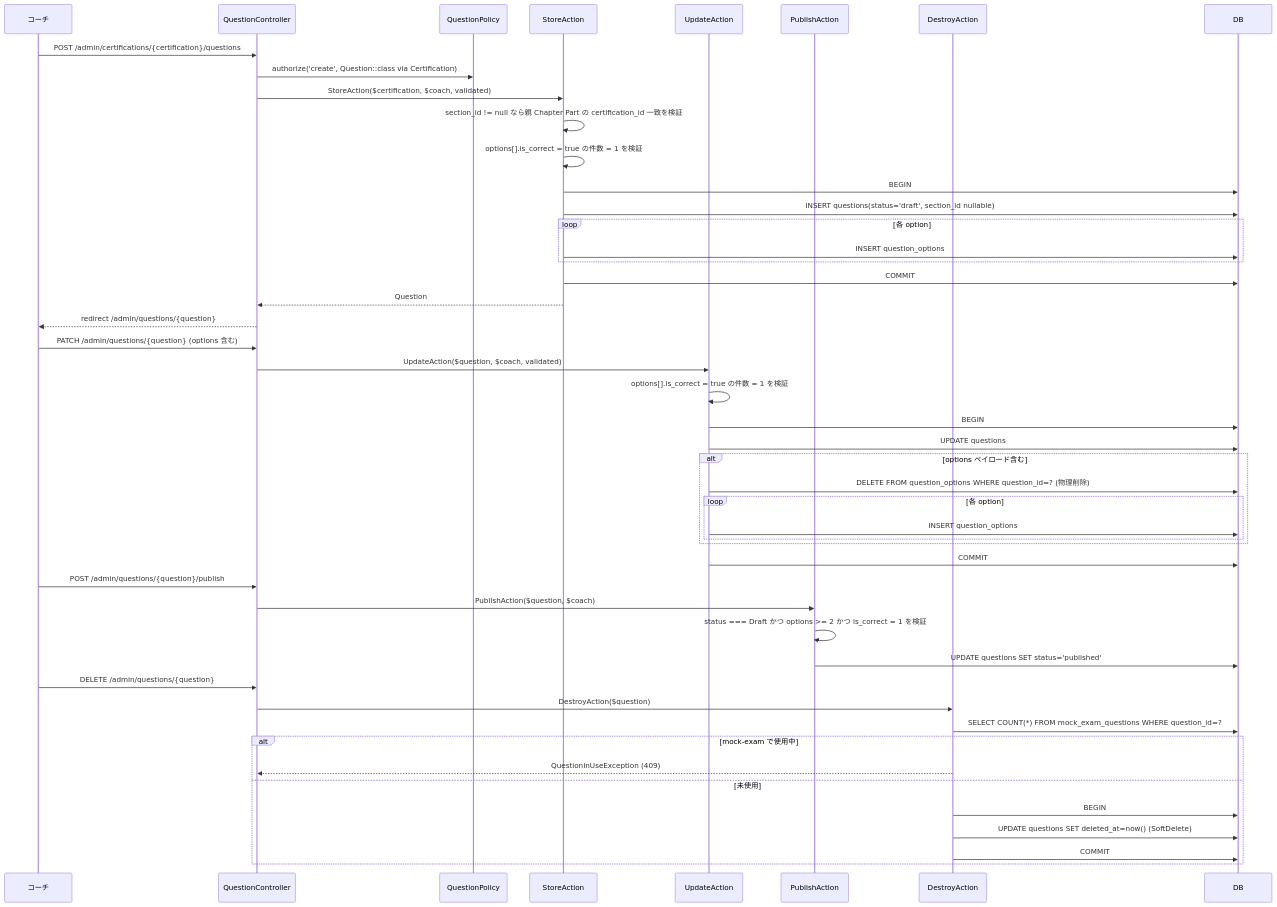
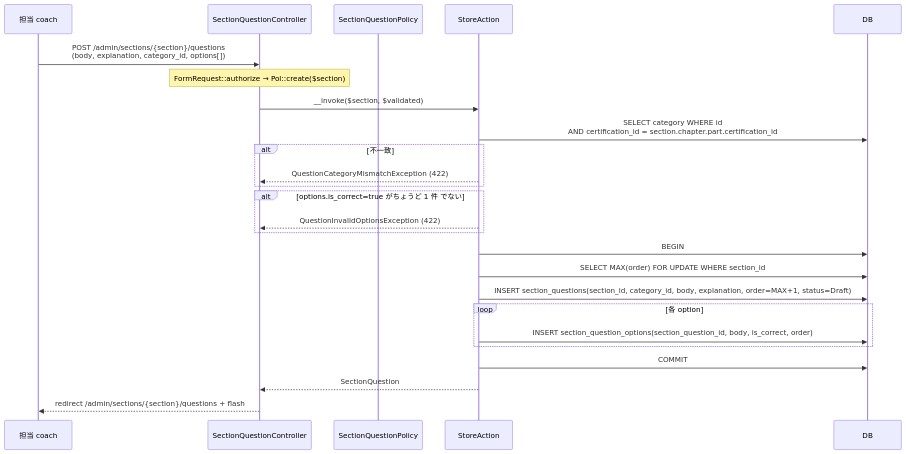
Before and after one commit to coachtech-mockcase-second/ExampleAnswer-mockcase-CertifyLMS: the third of 9 diagrams in docs/specs/content-management/design.md, drawn with Mermaid. The commit also changed other lines of this file and 67 other files, not shown here.

````diff
--- a/docs/specs/content-management/design.md
+++ b/docs/specs/content-management/design.md
@@ -87,54 +73,28 @@
 ```mermaid
 sequenceDiagram
-    participant Coach as コーチ
-    participant QC as QuestionController
-    participant Pol as QuestionPolicy
+    participant Coach as 担当 coach
+    participant SQC as SectionQuestionController
+    participant Pol as SectionQuestionPolicy
     participant SA as StoreAction
-    participant UA as UpdateAction
-    participant PA as PublishAction
-    participant DA as DestroyAction
     participant DB as DB
 
-    Coach->>QC: POST /admin/certifications/{certification}/questions
-    QC->>Pol: authorize('create', Question::class via Certification)
-    QC->>SA: StoreAction($certification, $coach, validated)
-    SA->>SA: section_id != null なら親 Chapter Part の certification_id 一致を検証
-    SA->>SA: options[].is_correct = true の件数 = 1 を検証
+    Coach->>SQC: POST /admin/sections/{section}/questions<br/>(body, explanation, category_id, options[])
+    Note over SQC: FormRequest::authorize → Pol::create($section)
+    SQC->>SA: __invoke($section, $validated)
+    SA->>DB: SELECT category WHERE id<br/>AND certification_id = section.chapter.part.certification_id
+    alt 不一致
+        SA-->>SQC: QuestionCategoryMismatchException (422)
+    end
+    alt options.is_correct=true がちょうど 1 件 でない
+        SA-->>SQC: QuestionInvalidOptionsException (422)
+    end
     SA->>DB: BEGIN
-    SA->>DB: INSERT questions(status='draft', section_id nullable)
+    SA->>DB: SELECT MAX(order) FOR UPDATE WHERE section_id
+    SA->>DB: INSERT section_questions(section_id, category_id, body, explanation, order=MAX+1, status=Draft)
     loop 各 option
-        SA->>DB: INSERT question_options
+        SA->>DB: INSERT section_question_options(section_question_id, body, is_correct, order)
     end
     SA->>DB: COMMIT
-    SA-->>QC: Question
-    QC-->>Coach: redirect /admin/questions/{question}
-
-    Coach->>QC: PATCH /admin/questions/{question} (options 含む)
-    QC->>UA: UpdateAction($question, $coach, validated)
-    UA->>UA: options[].is_correct = true の件数 = 1 を検証
-    UA->>DB: BEGIN
-    UA->>DB: UPDATE questions
-    alt options ペイロード含む
-        UA->>DB: DELETE FROM question_options WHERE question_id=? (物理削除)
-        loop 各 option
-            UA->>DB: INSERT question_options
-        end
-    end
-    UA->>DB: COMMIT
-
-    Coach->>QC: POST /admin/questions/{question}/publish
-    QC->>PA: PublishAction($question, $coach)
-    PA->>PA: status === Draft かつ options >= 2 かつ is_correct = 1 を検証
-    PA->>DB: UPDATE questions SET status='published'
-
-    Coach->>QC: DELETE /admin/questions/{question}
-    QC->>DA: DestroyAction($question)
-    DA->>DB: SELECT COUNT(*) FROM mock_exam_questions WHERE question_id=?
-    alt mock-exam で使用中
-        DA-->>QC: QuestionInUseException (409)
-    else 未使用
-        DA->>DB: BEGIN
-        DA->>DB: UPDATE questions SET deleted_at=now() (SoftDelete)
-        DA->>DB: COMMIT
-    end
+    SA-->>SQC: SectionQuestion
+    SQC-->>Coach: redirect /admin/sections/{section}/questions + flash
 ```
````
